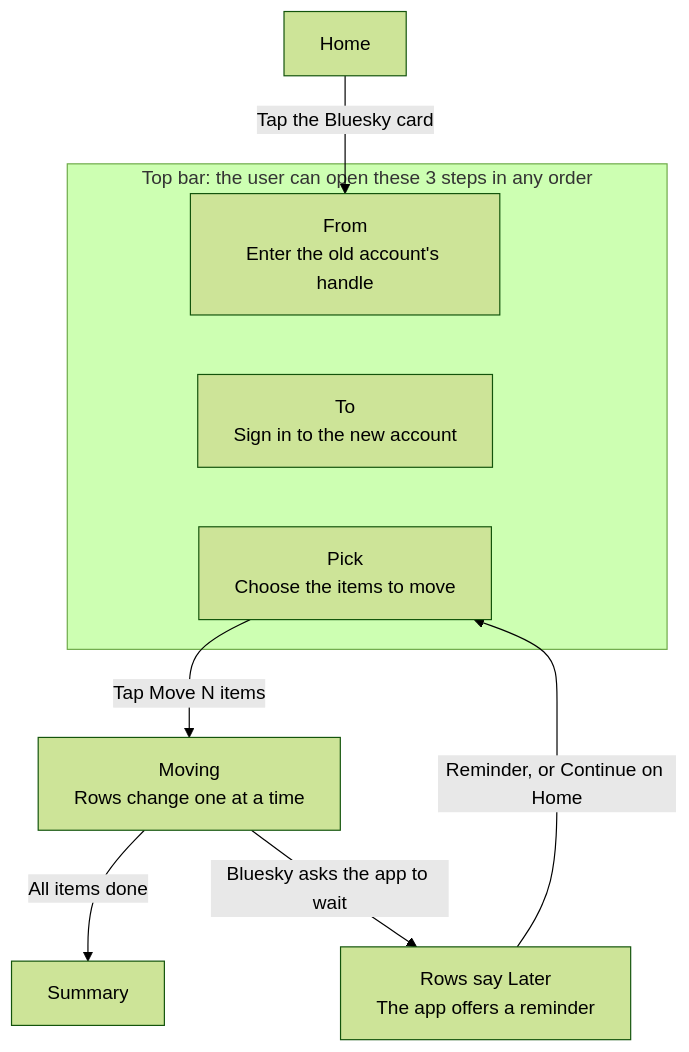
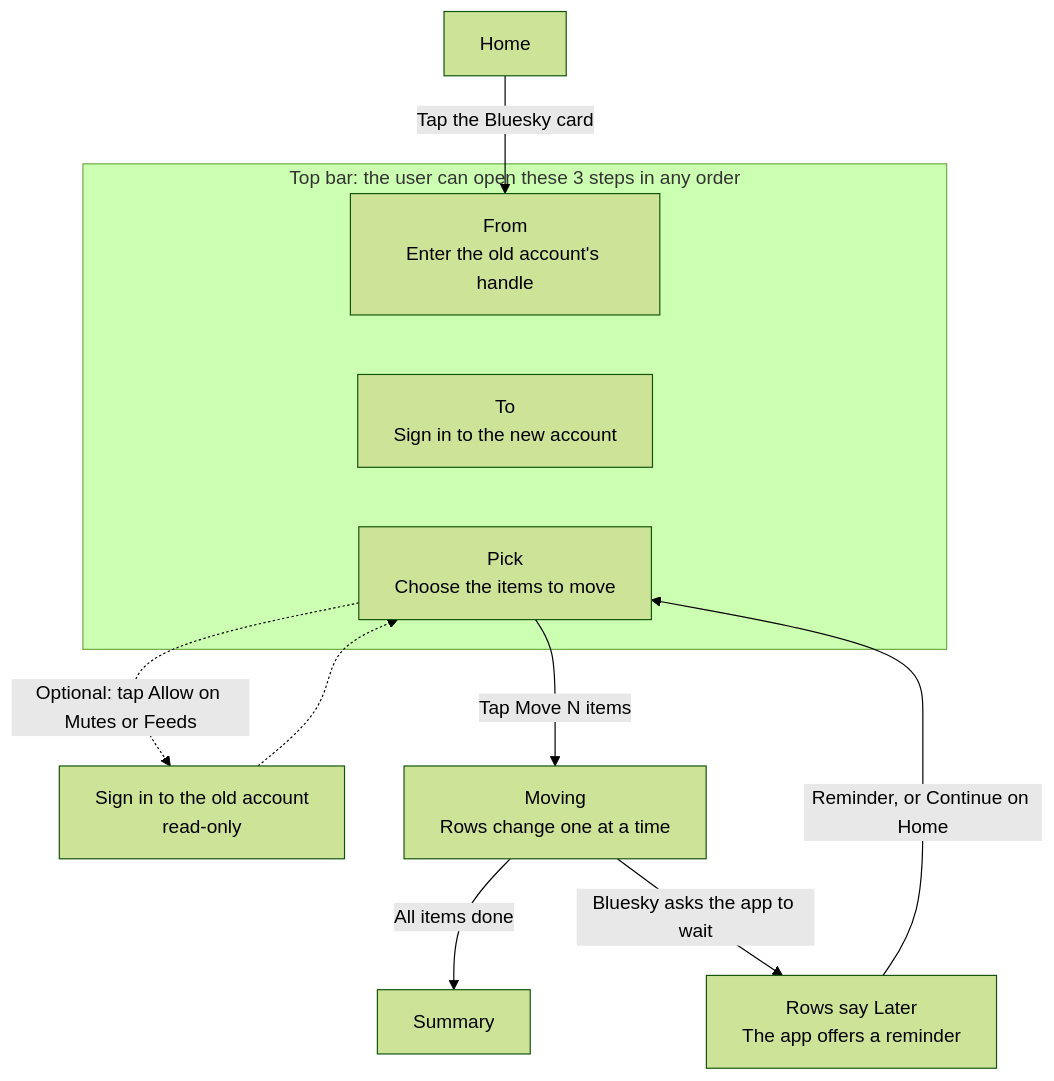
Before and after one commit to Dodo-Tech-Hub/magpie: the first of 2 diagrams in specs/013-bluesky-platform/spec.md, drawn with Mermaid (forest theme). The commit also changed other lines of this file and 1 other file, not shown here.

````diff
--- a/specs/013-bluesky-platform/spec.md
+++ b/specs/013-bluesky-platform/spec.md
@@ -57,16 +64,18 @@
 ```mermaid
 flowchart TD
     Home["Home"] -->|Tap the Bluesky card| From
 
     subgraph Steps["Top bar: the user can open these 3 steps in any order"]
         From["From<br/>Enter the old account's handle"]
         To["To<br/>Sign in to the new account"]
         Pick["Pick<br/>Choose the items to move"]
         From ~~~ To ~~~ Pick
     end
 
+    Pick -.->|Optional: tap Allow on Mutes or Feeds| Old["Sign in to the old account<br/>read-only"]
+    Old -.-> Pick
     Pick -->|Tap Move N items| Moving["Moving<br/>Rows change one at a time"]
     Moving -->|All items done| Summary["Summary"]
     Moving -->|Bluesky asks the app to wait| Later["Rows say Later<br/>The app offers a reminder"]
     Later -->|Reminder, or Continue on Home| Pick
 ```
````
